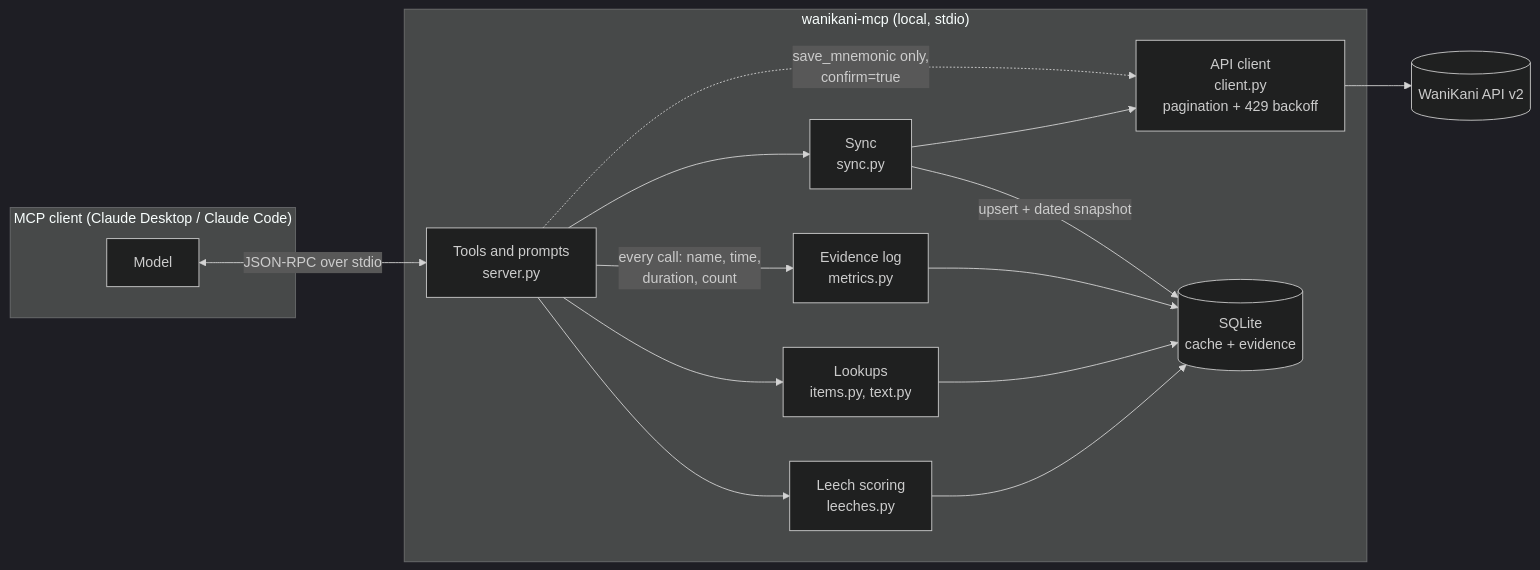
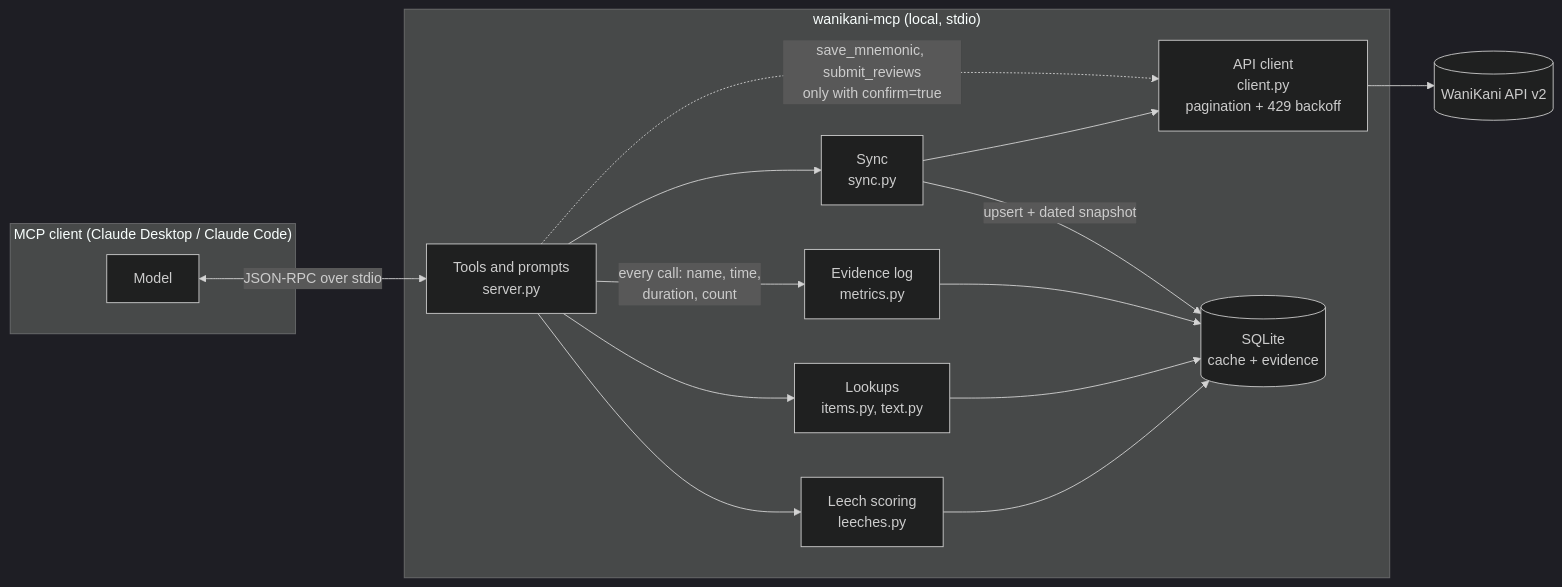
Before and after one commit to tbmi20/WanikaniMCP: the diagram in README.md, drawn with Mermaid (dark theme). The commit also changed other lines of this file and 9 other files, not shown here.

````diff
--- a/README.md
+++ b/README.md
@@ -33,24 +40,24 @@
 ```mermaid
 flowchart LR
     subgraph Client["MCP client (Claude Desktop / Claude Code)"]
         LLM[Model]
     end
     subgraph Server["wanikani-mcp (local, stdio)"]
         T[Tools and prompts<br/>server.py]
         L[Leech scoring<br/>leeches.py]
         I[Lookups<br/>items.py, text.py]
         M[Evidence log<br/>metrics.py]
         S[Sync<br/>sync.py]
         C[API client<br/>client.py<br/>pagination + 429 backoff]
         DB[(SQLite<br/>cache + evidence)]
     end
     WK[(WaniKani API v2)]
 
     LLM <-->|JSON-RPC over stdio| T
     T --> L & I & S
     T -->|every call: name, time,<br/>duration, count| M
     L & I & M --> DB
     S --> C --> WK
     S -->|upsert + dated snapshot| DB
-    T -.->|save_mnemonic only,<br/>confirm=true| C
+    T -.->|save_mnemonic, submit_reviews<br/>only with confirm=true| C
 ```
````
